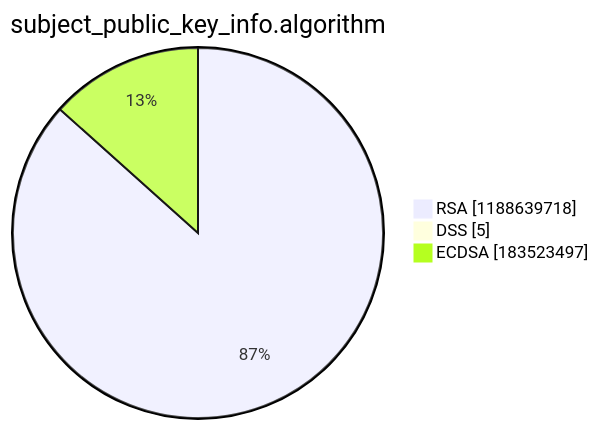
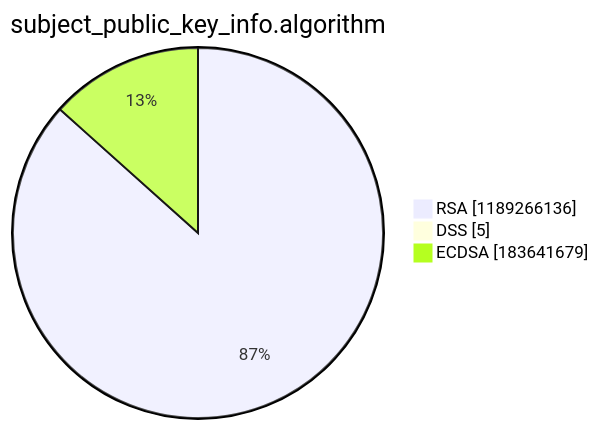
The third of 15 diagrams in argon2022/README.md (christiankrug/ctmonitor_visualization), drawn with Mermaid before and after one commit. The commit also changed other lines of this file, not shown here.

````diff
--- a/argon2022/README.md
+++ b/argon2022/README.md
@@ -14,7 +14,7 @@
 ```mermaid
 pie showData
 title subject_public_key_info.algorithm
-"RSA" :1188639718
+"RSA" :1189266136
 "DSS" :5
-"ECDSA" :183523497
+"ECDSA" :183641679
 ```
````
